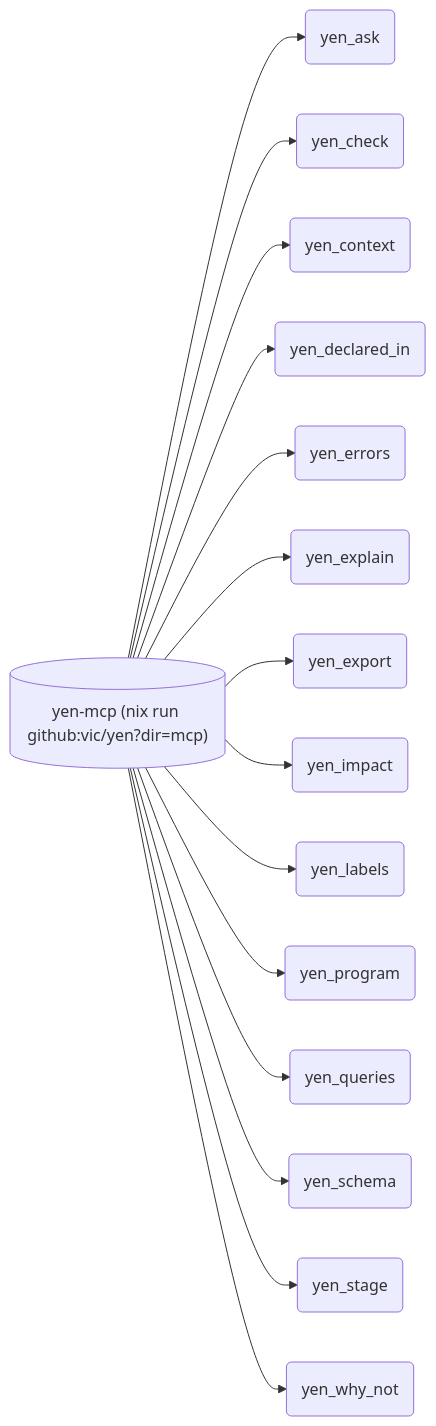
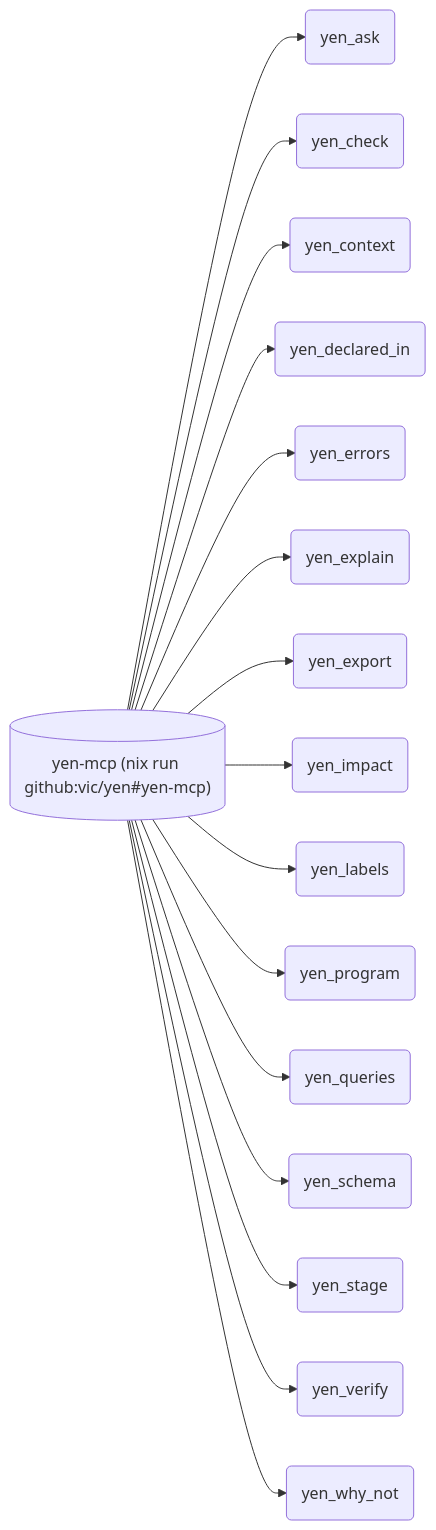
Before and after one commit to vic/vix: diagram 11 of 11 in README.md, drawn with Mermaid. The commit also changed other lines of this file and 72 other files, not shown here.

````diff
--- a/README.md
+++ b/README.md
@@ -1145,32 +1246,34 @@
 ```mermaid
 flowchart LR
-  n254d290cd5[("yen-mcp (nix run github:vic/yen?dir=mcp)")]
+  n254d290cd5[("yen-mcp (nix run github:vic/yen#yen-mcp)")]
   nf3ef81de2f("yen_ask")
   nf54195a4ac("yen_check")
   n6a59d997e4("yen_context")
   n66ec653a2d("yen_declared_in")
   nffe30fe478("yen_errors")
   n6df3350afa("yen_explain")
   n724e51eaa4("yen_export")
   nec98de0ce9("yen_impact")
   na6be3937d8("yen_labels")
   n1b9c14e078("yen_program")
   ncc44a3e3ff("yen_queries")
   n7aa4e78a07("yen_schema")
   n07a598af03("yen_stage")
+  n9574552e9e("yen_verify")
   n53cf4e0ffd("yen_why_not")
   n254d290cd5 --> nf3ef81de2f
   n254d290cd5 --> nf54195a4ac
   n254d290cd5 --> n6a59d997e4
   n254d290cd5 --> n66ec653a2d
   n254d290cd5 --> nffe30fe478
   n254d290cd5 --> n6df3350afa
   n254d290cd5 --> n724e51eaa4
   n254d290cd5 --> nec98de0ce9
   n254d290cd5 --> na6be3937d8
   n254d290cd5 --> n1b9c14e078
   n254d290cd5 --> ncc44a3e3ff
   n254d290cd5 --> n7aa4e78a07
   n254d290cd5 --> n07a598af03
+  n254d290cd5 --> n9574552e9e
   n254d290cd5 --> n53cf4e0ffd
 ```
````
